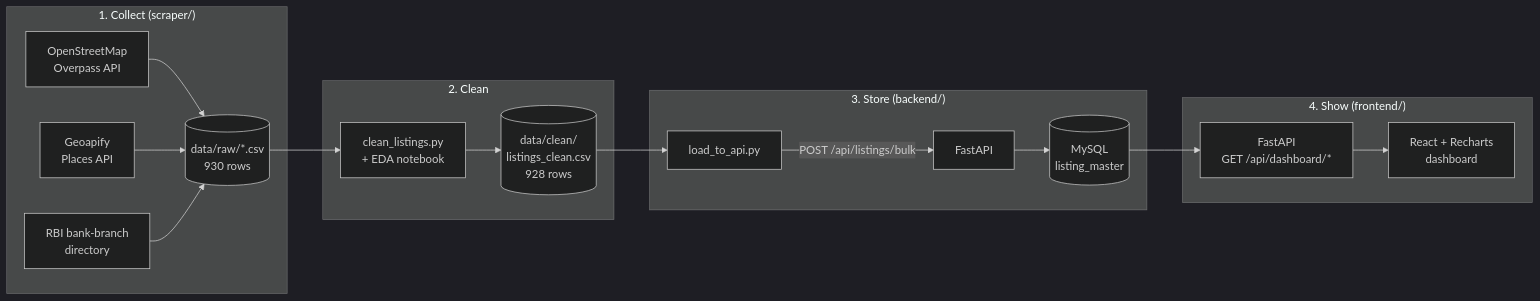
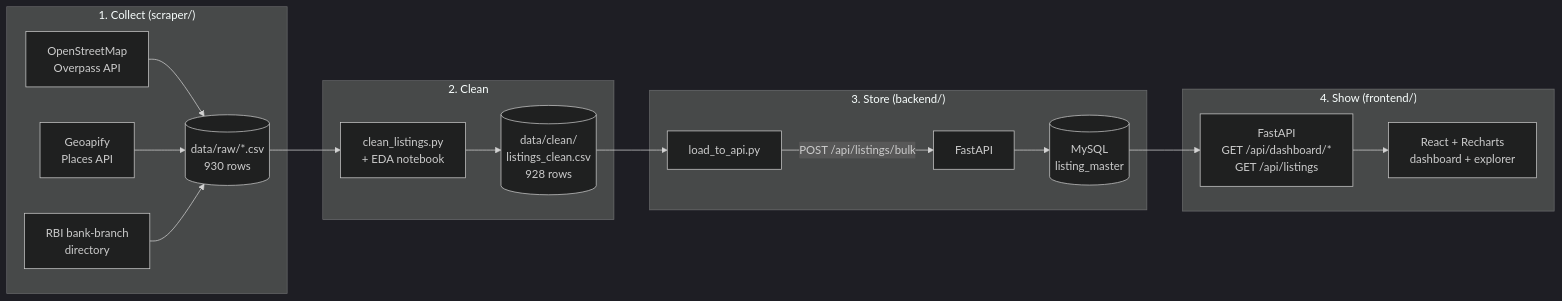
Before and after one commit to bilaltambolialt/honeybee_listings: the diagram in README.md, drawn with Mermaid (dark theme). The commit also changed other lines of this file and 14 other files, not shown here.

First line of the commit message:
feat: add listings explorer with filters, search and CSV download

````diff
--- a/README.md
+++ b/README.md
@@ -36,20 +40,20 @@
 ```mermaid
 flowchart LR
     subgraph Collect["1. Collect (scraper/)"]
         A1[OpenStreetMap<br/>Overpass API] --> R
         A2[Geoapify<br/>Places API] --> R
         A3[RBI bank-branch<br/>directory] --> R
         R[(data/raw/*.csv<br/>930 rows)]
     end
     subgraph Clean["2. Clean"]
         R --> C[clean_listings.py<br/>+ EDA notebook]
         C --> CC[(data/clean/<br/>listings_clean.csv<br/>928 rows)]
     end
     subgraph Store["3. Store (backend/)"]
         CC --> L[load_to_api.py] -->|POST /api/listings/bulk| API[FastAPI]
         API --> DB[(MySQL<br/>listing_master)]
     end
     subgraph Show["4. Show (frontend/)"]
-        DB --> API2[FastAPI<br/>GET /api/dashboard/*] --> UI[React + Recharts<br/>dashboard]
+        DB --> API2[FastAPI<br/>GET /api/dashboard/*<br/>GET /api/listings] --> UI[React + Recharts<br/>dashboard + explorer]
     end
 ```
````
